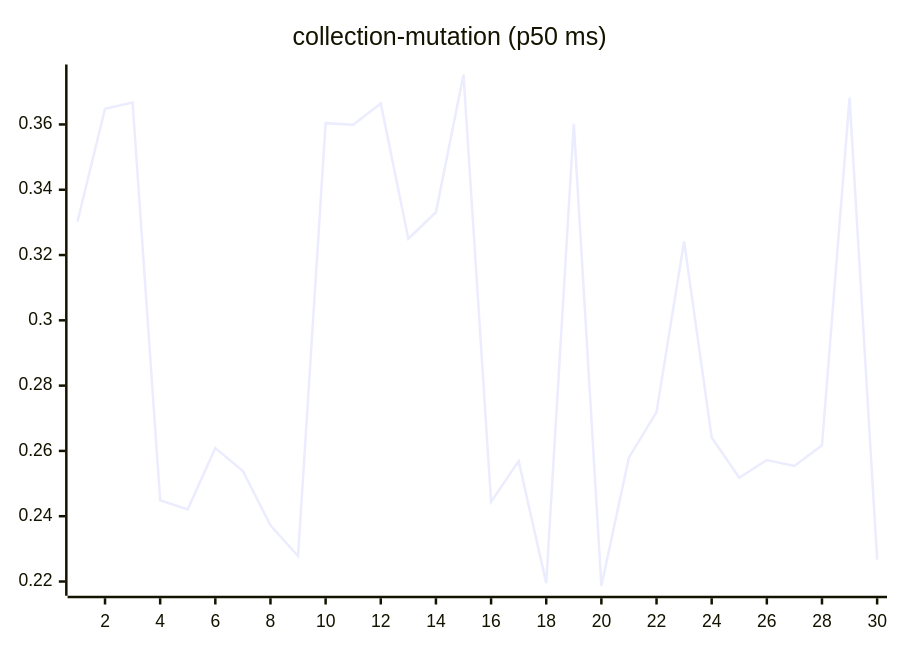
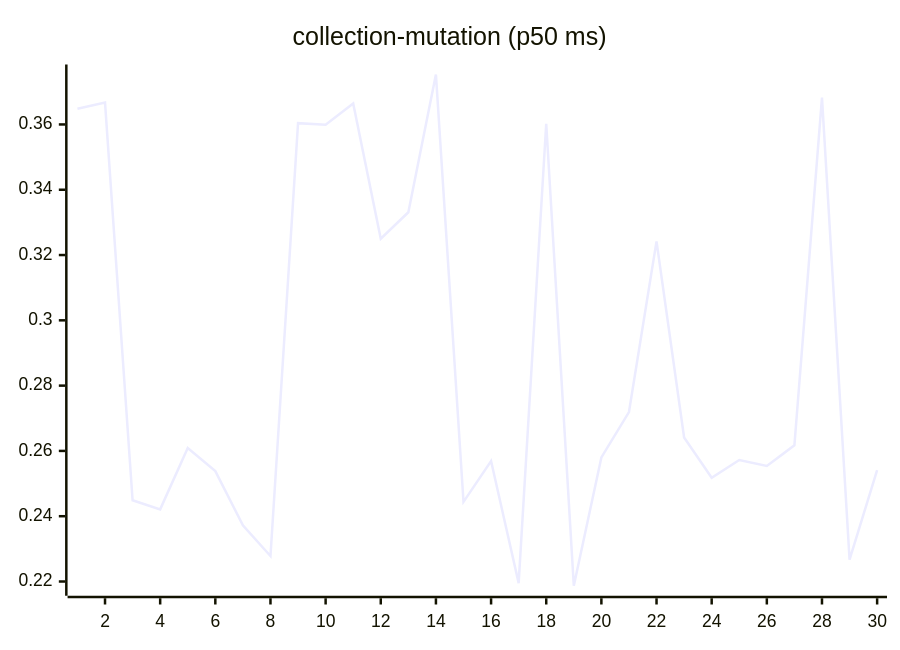
The sixth of 27 diagrams in README.md (josha/Facet), drawn with Mermaid before and after one commit. The commit also changed other lines of this file and 2 other files, not shown here.

````diff
--- a/README.md
+++ b/README.md
@@ -98,6 +98,6 @@
 ```mermaid
 xychart-beta
     title "collection-mutation (p50 ms)"
     x-axis 1 --> 30
-    line [0.3302, 0.3648, 0.3667, 0.2449, 0.2421, 0.2609, 0.2538, 0.2372, 0.2278, 0.3604, 0.3599, 0.3664, 0.3250, 0.3331, 0.3753, 0.2444, 0.2569, 0.2195, 0.3602, 0.2187, 0.2580, 0.2719, 0.3242, 0.2641, 0.2518, 0.2572, 0.2554, 0.2617, 0.3682, 0.2267]
+    line [0.3648, 0.3667, 0.2449, 0.2421, 0.2609, 0.2538, 0.2372, 0.2278, 0.3604, 0.3599, 0.3664, 0.3250, 0.3331, 0.3753, 0.2444, 0.2569, 0.2195, 0.3602, 0.2187, 0.2580, 0.2719, 0.3242, 0.2641, 0.2518, 0.2572, 0.2554, 0.2617, 0.3682, 0.2267, 0.2541]
 ```
````
